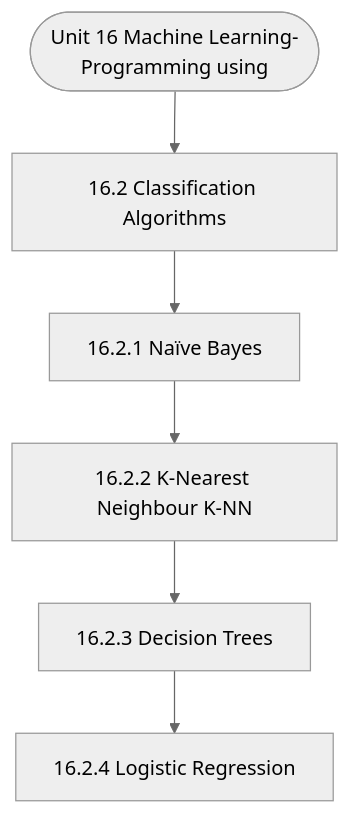
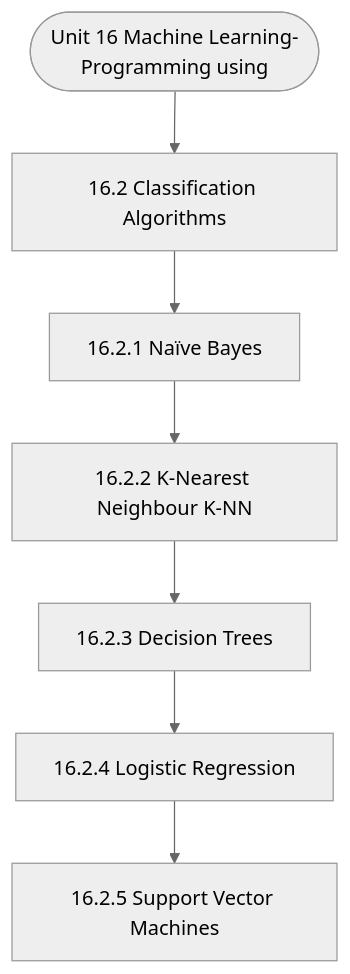
Before and after one commit to Asutosh-Coaching/mscdsa: the diagram in notes/Semester_2/MCS-224_Artificial_Intelligence_&_Machine_Learning/unit_16_Machine_Learning-Programming_using_Python.md, drawn with Mermaid (neutral theme). The commit also changed other lines of this file and 116 other files, not shown here.

````diff
--- a/notes/Semester_2/MCS-224_Artificial_Intelligence_&_Machine_Learning/unit_16_Machine_Learning-Programming_using_Python.md
+++ b/notes/Semester_2/MCS-224_Artificial_Intelligence_&_Machine_Learning/unit_16_Machine_Learning-Programming_using_Python.md
@@ -19,14 +19,16 @@
 ```mermaid
 flowchart TD
   Start(["Unit 16 Machine Learning-Programming using"])
   N1["16.2 Classification Algorithms"]
   N2["16.2.1 Naïve Bayes"]
   N3["16.2.2 K-Nearest Neighbour K-NN"]
   N4["16.2.3 Decision Trees"]
   N5["16.2.4 Logistic Regression"]
+  N6["16.2.5 Support Vector Machines"]
   Start --> N1
   N1 --> N2
   N2 --> N3
   N3 --> N4
   N4 --> N5
+  N5 --> N6
 ```
````
